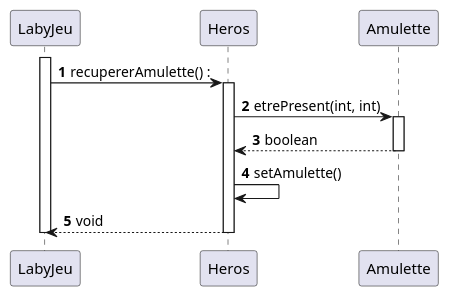
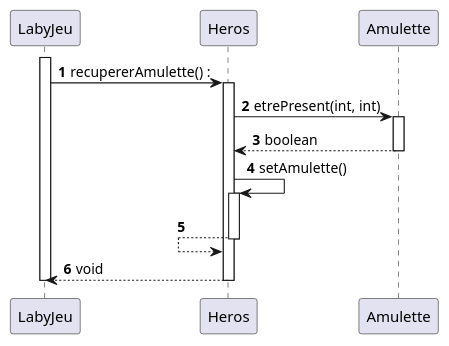
The diagram in documents/version_4/DS_AcquisitionAmulette.puml (crochetremi/2025_Zeldiablo2_e20157u_e82008u_e89209u_e26078u), drawn with PlantUML before and after one commit.

Commit message:
changements DS amulette

```diff
--- a/documents/version_4/DS_AcquisitionAmulette.puml
+++ b/documents/version_4/DS_AcquisitionAmulette.puml
@@ -1,26 +1,30 @@
 @startuml
 'https://plantuml.com/sequence-diagram
 
 autonumber
 
 Participant "LabyJeu" as labyjeu
 Participant "Heros" as heros
 Participant "Amulette" as amulette
 
 activate labyjeu
 labyjeu ->  heros : recupererAmulette() :
 
 activate heros
 heros -> amulette : etrePresent(int, int)
 
 activate amulette
 heros <-- amulette : boolean
 deactivate amulette
 heros -> heros : setAmulette()
+activate heros
+
+heros <-- heros
+deactivate heros
 
 labyjeu <-- heros : void
 
 deactivate heros
 deactivate labyjeu
 
 @enduml
```
